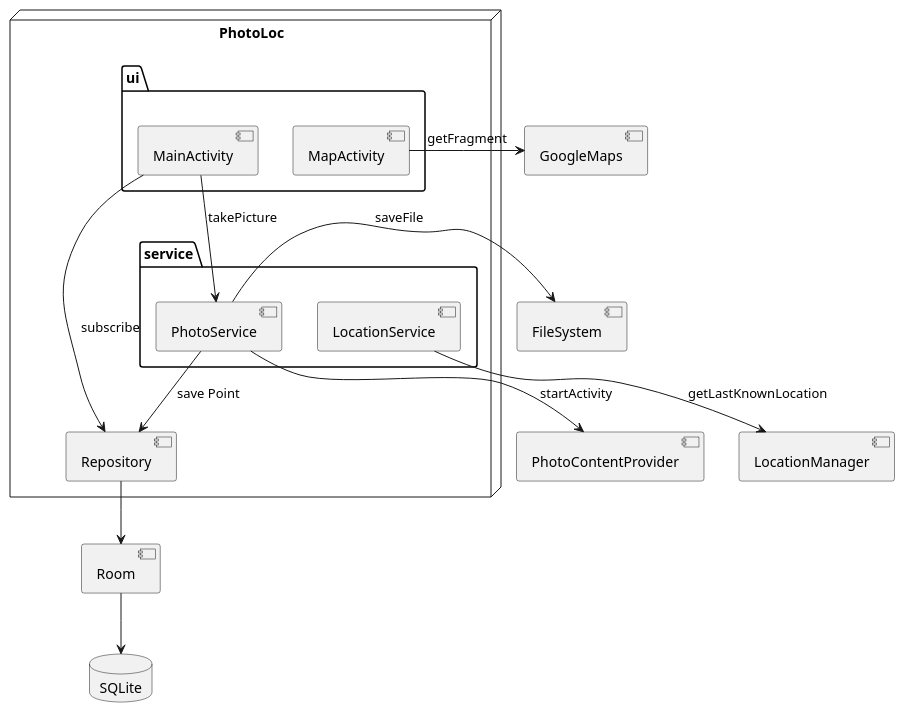
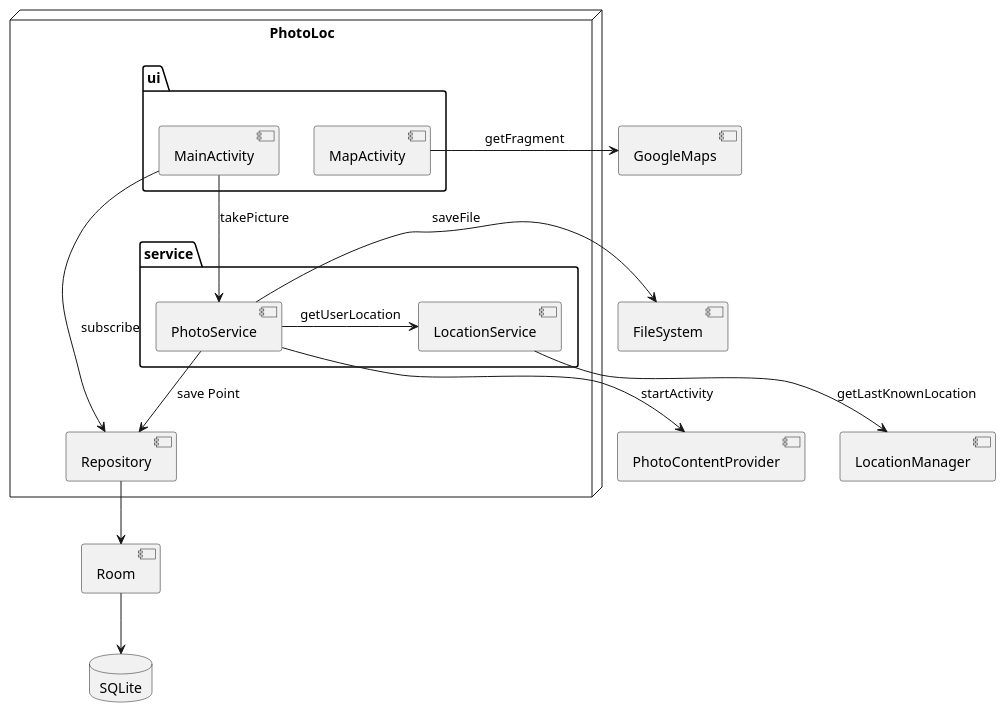
The diagram in spec/archi.puml (ISTIC-M2-ILa-GM/PhotoLoc), drawn with PlantUML before and after one commit. The commit also changed 2 other files, not shown here.

```diff
--- a/spec/archi.puml
+++ b/spec/archi.puml
@@ -1,29 +1,30 @@
 @startuml
 database SQLite as sql
 component Room as r
 component GoogleMaps as goog
 component PhotoContentProvider as cp
 component LocationManager as lm
 component FileSystem as fs
 node PhotoLoc as pl {
     component Repository as rep
 
     package ui {
         component MapActivity as map
         component MainActivity as main
     }
     package service {
         component PhotoService as ps
         component LocationService as ls
     }
 }
 ps --> rep:save Point
 rep --> r
 r --> sql
 map -> goog: getFragment
 ps --> cp: startActivity
 ls --> lm: getLastKnownLocation
 main --> ps: takePicture
 main --> rep: subscribe
 ps -> fs: saveFile
+ps -> ls: getUserLocation
 @enduml
```
